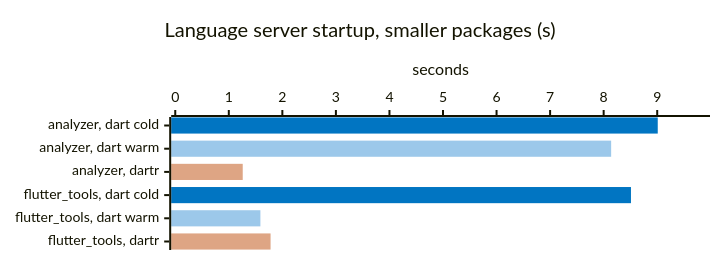
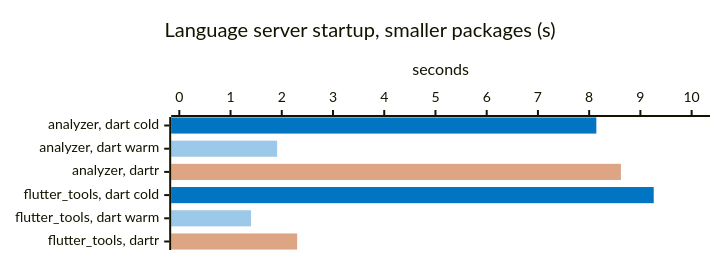
The fifth of 15 diagrams in docs/BENCHMARKS.md (orestesgaolin/dartr), drawn with Mermaid before and after one commit. The commit also changed other lines of this file and 3 other files, not shown here.

````diff
--- a/docs/BENCHMARKS.md
+++ b/docs/BENCHMARKS.md
@@ -96,18 +96,18 @@
 ```mermaid
 ---
 config:
   xyChart:
     height: 240
   themeVariables:
     xyChart:
       plotColorPalette: "#0175C2, #9CC8EA, #DEA584"
 ---
 xychart-beta horizontal
     %% -100 = no bar: one series per measurement gives each its own color
     title "Language server startup, smaller packages (s)"
     x-axis ["analyzer, dart cold", "analyzer, dart warm", "analyzer, dartr", "flutter_tools, dart cold", "flutter_tools, dart warm", "flutter_tools, dartr"]
-    y-axis "seconds" 0 --> 9.91
-    bar [9.01, -100, -100, 8.51, -100, -100]
-    bar [-100, 8.14, -100, -100, 1.59, -100]
-    bar [-100, -100, 1.26, -100, -100, 1.78]
+    y-axis "seconds" 0 --> 10.2
+    bar [8.14, -100, -100, 9.26, -100, -100]
+    bar [-100, 1.91, -100, -100, 1.4, -100]
+    bar [-100, -100, 8.62, -100, -100, 2.3]
 ```
````
